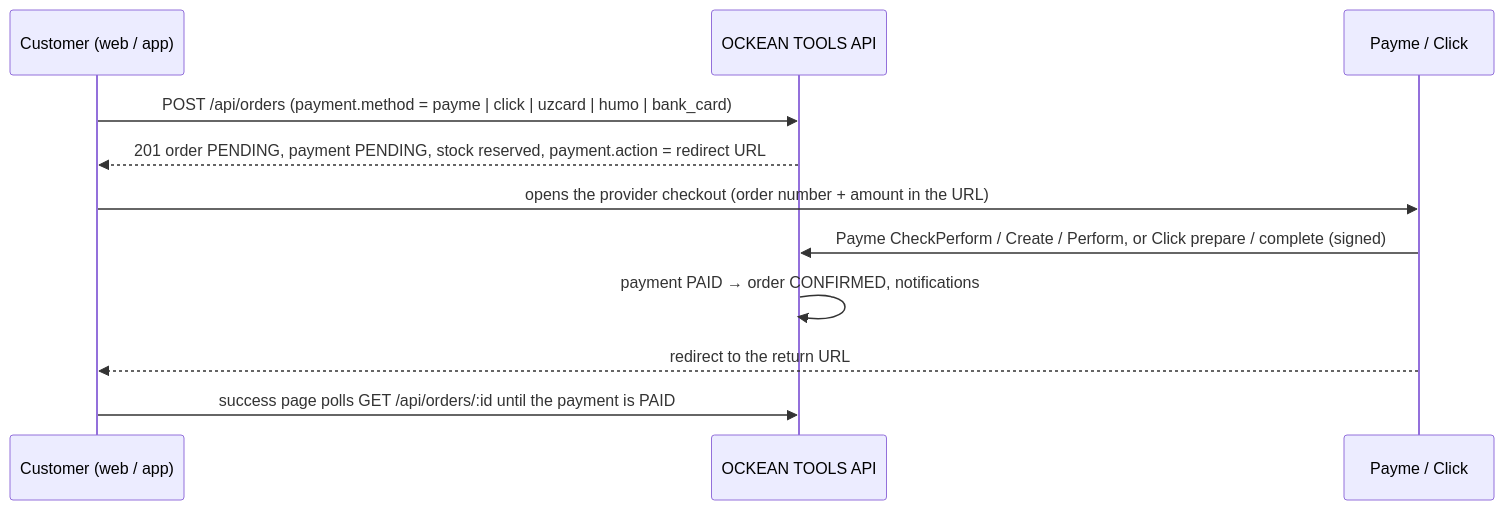
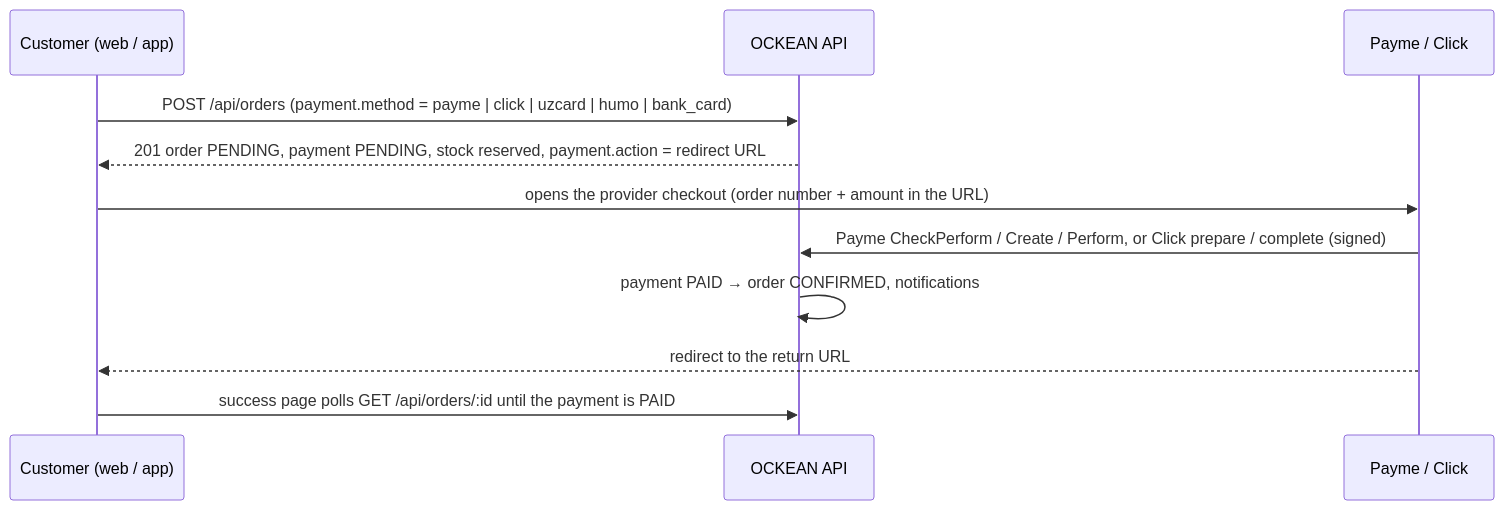
Before and after one commit to AbdulazizOrifjonov/VeroTools: the diagram in docs/PAYMENTS.md, drawn with Mermaid. The commit also changed other lines of this file and 84 other files, not shown here.

Commit message:
fix(branding): strictly use OCKEAN without TOOLS across all panels, configs, and assets

````diff
--- a/docs/PAYMENTS.md
+++ b/docs/PAYMENTS.md
@@ -44,13 +44,13 @@
 ```mermaid
 sequenceDiagram
   participant C as Customer (web / app)
-  participant A as OCKEAN TOOLS API
+  participant A as OCKEAN API
   participant P as Payme / Click
   C->>A: POST /api/orders (payment.method = payme | click | uzcard | humo | bank_card)
   A-->>C: 201 order PENDING, payment PENDING, stock reserved, payment.action = redirect URL
   C->>P: opens the provider checkout (order number + amount in the URL)
   P->>A: Payme CheckPerform / Create / Perform, or Click prepare / complete (signed)
   A->>A: payment PAID → order CONFIRMED, notifications
   P-->>C: redirect to the return URL
   C->>A: success page polls GET /api/orders/:id until the payment is PAID
 ```
````
